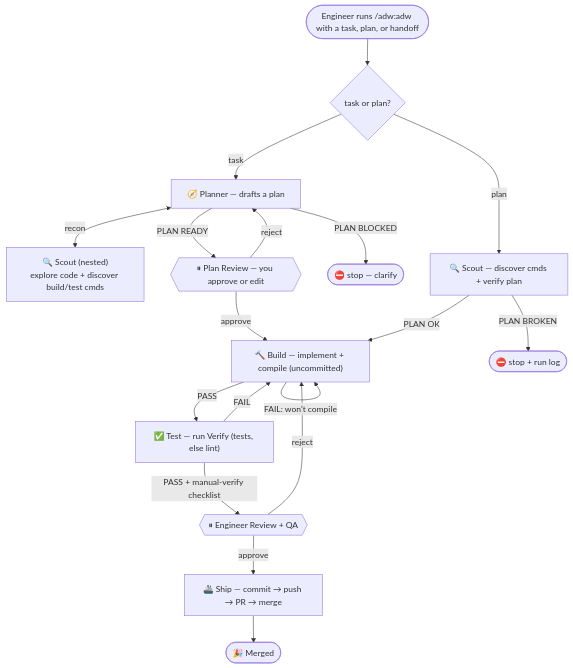
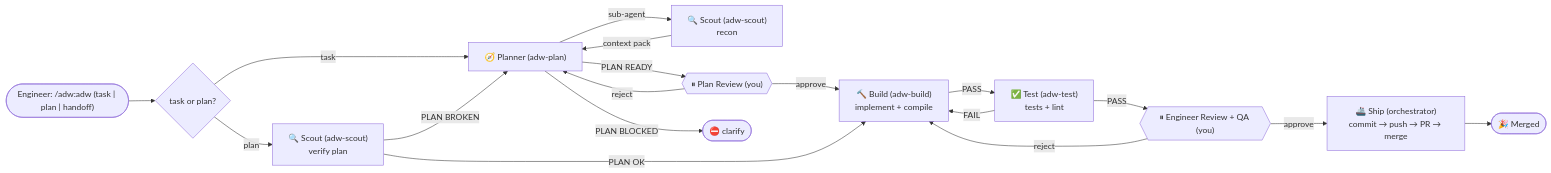
One commit to el-varquez/relay changed the diagram in README.md. Above: the diagram before and after it, drawn with Mermaid. The commit also changed other lines of this file and 1 other file, not shown here.

Commit message:
docs+flow: horizontal diagram, name agents, sub-agent term, lint under Test; PLAN BROKEN re-plans via Planner

````diff
--- a/README.md
+++ b/README.md
@@ -27,24 +27,23 @@
 ```mermaid
-flowchart TD
-    E(["Engineer runs /adw:adw with a task, plan, or handoff"]) --> M{"task or plan?"}
+flowchart LR
+    E(["Engineer: /adw:adw (task | plan | handoff)"]) --> M{"task or plan?"}
 
-    M -->|task| P["🧭 Planner — drafts a plan"]
-    P <-->|"recon"| PS["🔍 Scout (nested)<br/>explore code + discover build/test cmds"]
-    P -->|"PLAN READY"| PR{{"⏸ Plan Review — you approve or edit"}}
-    P -->|"PLAN BLOCKED"| X1(["⛔ stop — clarify"])
+    M -->|task| P["🧭 Planner (adw-plan)"]
+    P -->|"sub-agent"| PS["🔍 Scout (adw-scout)<br/>recon"]
+    PS -->|"context pack"| P
+    P -->|"PLAN READY"| PR{{"⏸ Plan Review (you)"}}
+    P -->|"PLAN BLOCKED"| X(["⛔ clarify"])
     PR -->|"reject"| P
     PR -->|"approve"| B
 
-    M -->|plan| S["🔍 Scout — discover cmds + verify plan"]
-    S -->|"PLAN BROKEN"| X2(["⛔ stop + run log"])
+    M -->|plan| S["🔍 Scout (adw-scout)<br/>verify plan"]
     S -->|"PLAN OK"| B
+    S -->|"PLAN BROKEN"| P
 
-    B["🔨 Build — implement + compile (uncommitted)"]
-    B -->|"FAIL: won't compile"| B
-    B -->|"PASS"| T["✅ Test — run Verify (tests, else lint)"]
+    B["🔨 Build (adw-build)<br/>implement + compile"] -->|"PASS"| T["✅ Test (adw-test)<br/>tests + lint"]
     T -->|"FAIL"| B
-    T -->|"PASS + manual-verify checklist"| R{{"⏸ Engineer Review + QA"}}
+    T -->|"PASS"| R{{"⏸ Engineer Review + QA (you)"}}
     R -->|"reject"| B
-    R -->|"approve"| SH["🚢 Ship — commit → push → PR → merge"]
+    R -->|"approve"| SH["🚢 Ship (orchestrator)<br/>commit → push → PR → merge"]
     SH --> DONE(["🎉 Merged"])
 ```
````
